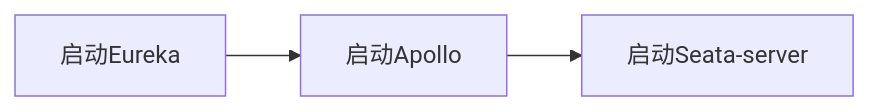
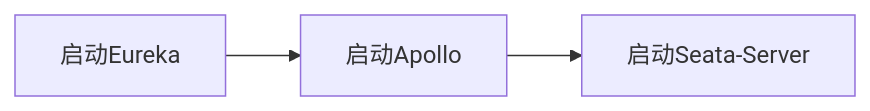
The ninth of 9 diagrams in environment/windows/windows-server2016/windows-server2016.md (lingwh1995/books), drawn with Mermaid before and after one commit. The commit also changed other lines of this file and 1 other file, not shown here.

````diff
--- a/environment/windows/windows-server2016/windows-server2016.md
+++ b/environment/windows/windows-server2016/windows-server2016.md
@@ -1442,5 +1442,5 @@
 ```mermaid
 flowchart LR
     启动Eureka-->启动Apollo
-	启动Apollo-->启动Seata-server
+	启动Apollo-->启动Seata-Server
 ```
````
